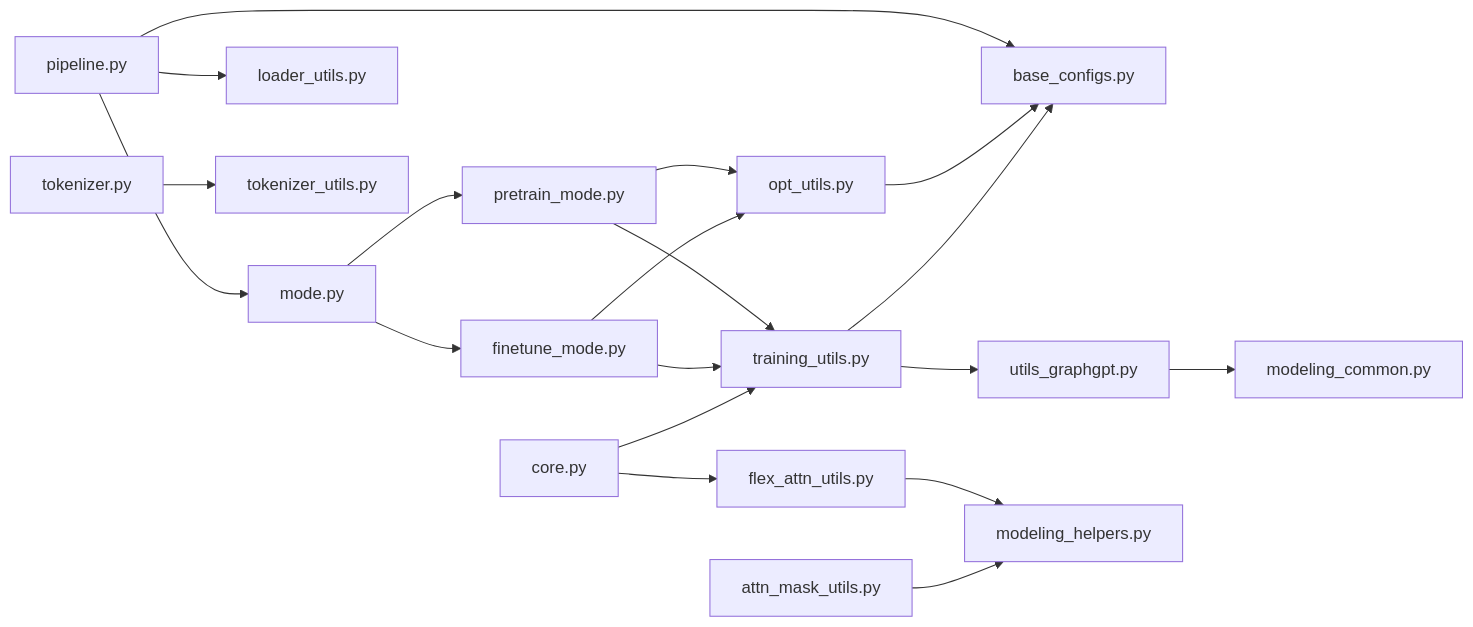
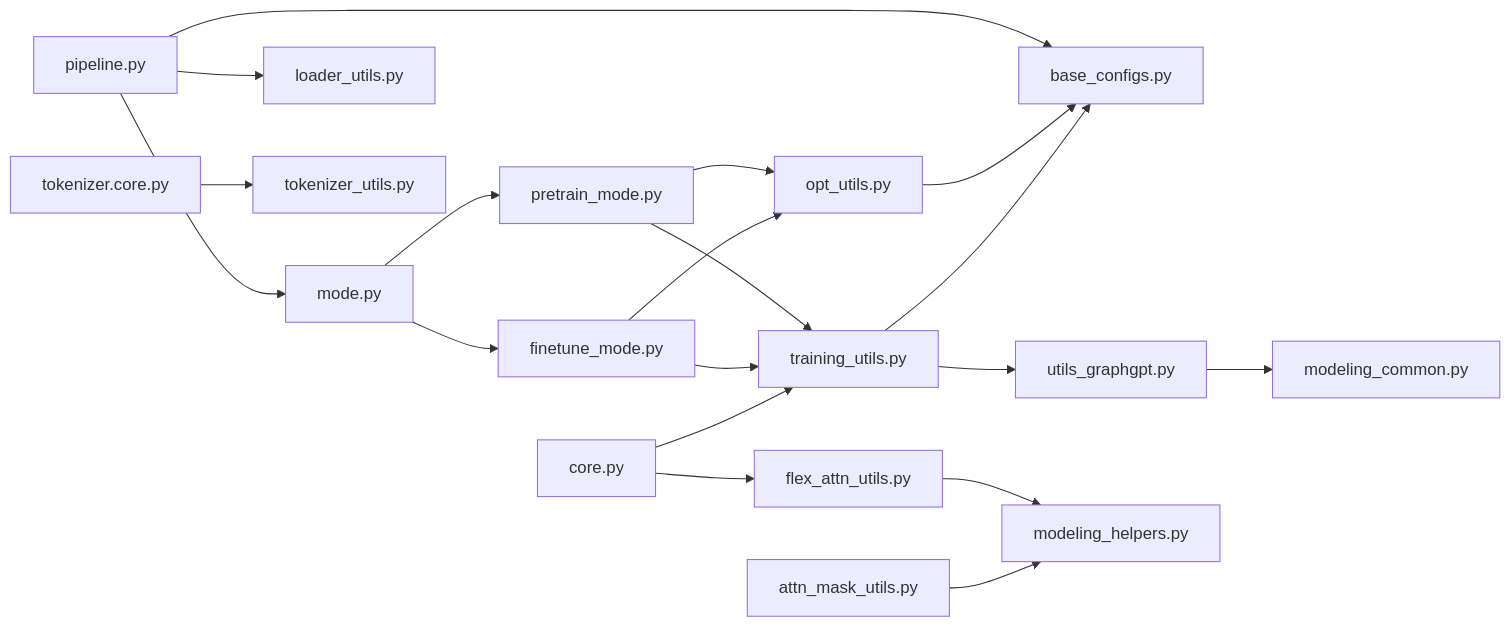
The ninth of 11 diagrams in .qoder/repowiki/en/content/Utility Functions/Training Support.md (alibaba/graph-gpt), drawn with Mermaid before and after one commit. The commit also changed other lines of this file and 4 other files, not shown here.

````diff
--- a/.qoder/repowiki/en/content/Utility Functions/Training Support.md
+++ b/.qoder/repowiki/en/content/Utility Functions/Training Support.md
@@ -504,21 +486,21 @@
 ```mermaid
 graph LR
 Pipe["pipeline.py"] --> ModeInt["mode.py"]
 ModeInt --> PM["pretrain_mode.py"]
 ModeInt --> FM["finetune_mode.py"]
 PM --> TU["training_utils.py"]
 FM --> TU
 PM --> OU["opt_utils.py"]
 FM --> OU
 Pipe --> LC["loader_utils.py"]
 Pipe --> BC["base_configs.py"]
 OU --> BC
 TU --> BC
 TU --> PG["utils_graphgpt.py"]
 PG --> MC["modeling_common.py"]
-TK["tokenizer.py"] --> TU2["tokenizer_utils.py"]
+TK["tokenizer.core.py"] --> TU2["tokenizer_utils.py"]
 TK3["core.py"] --> TU
 TK3 --> FAU["flex_attn_utils.py"]
 FAU --> MH["modeling_helpers.py"]
 AMU["attn_mask_utils.py"] --> MH
 ```
````
